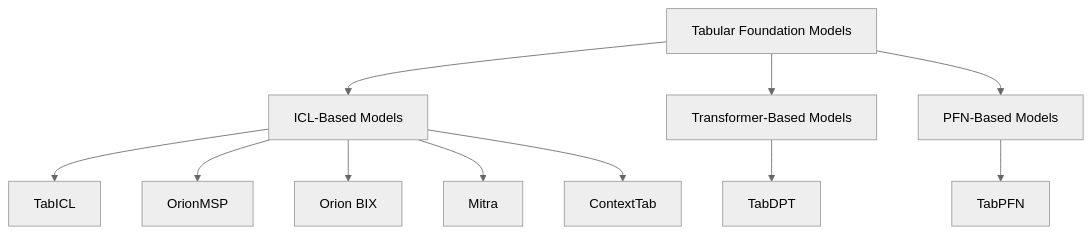
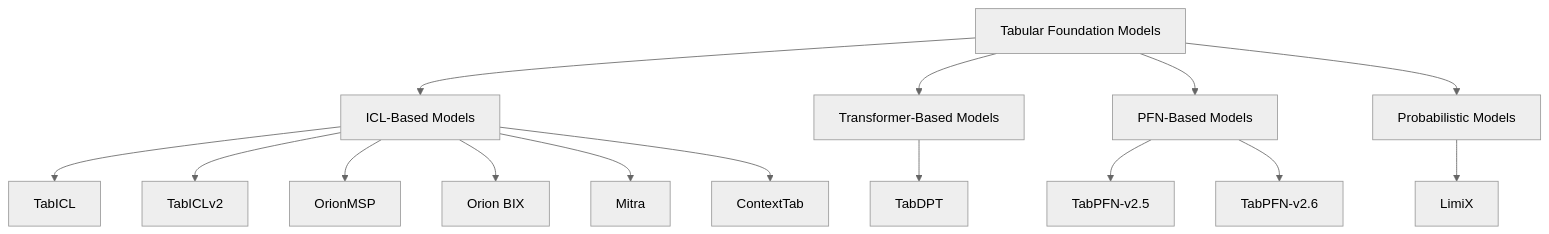
The diagram in docs/models/overview.md (Lexsi-Labs/TabTune), drawn with Mermaid (neutral theme) before and after one commit. The commit also changed other lines of this file and 6 other files, not shown here.

````diff
--- a/docs/models/overview.md
+++ b/docs/models/overview.md
@@ -9,16 +9,21 @@
 ```mermaid
 flowchart TD
     A[Tabular Foundation Models] --> B[ICL-Based Models]
     A --> C[Transformer-Based Models]
     A --> D[PFN-Based Models]
-    
-    B --> E[TabICL]
-    B --> F[OrionMSP]
-    B --> G[Orion BIX]
-    B --> H[Mitra]
-    B --> I[ContextTab]
-    
-    C --> J[TabDPT]
-    
-    D --> K[TabPFN]
+    A --> E[Probabilistic Models]
+
+    B --> F[TabICL]
+    B --> G[TabICLv2]
+    B --> H[OrionMSP]
+    B --> I[Orion BIX]
+    B --> J[Mitra]
+    B --> K[ContextTab]
+
+    C --> L[TabDPT]
+
+    D --> M[TabPFN-v2.5]
+    D --> N[TabPFN-v2.6]
+
+    E --> O[LimiX]
 ```
````
